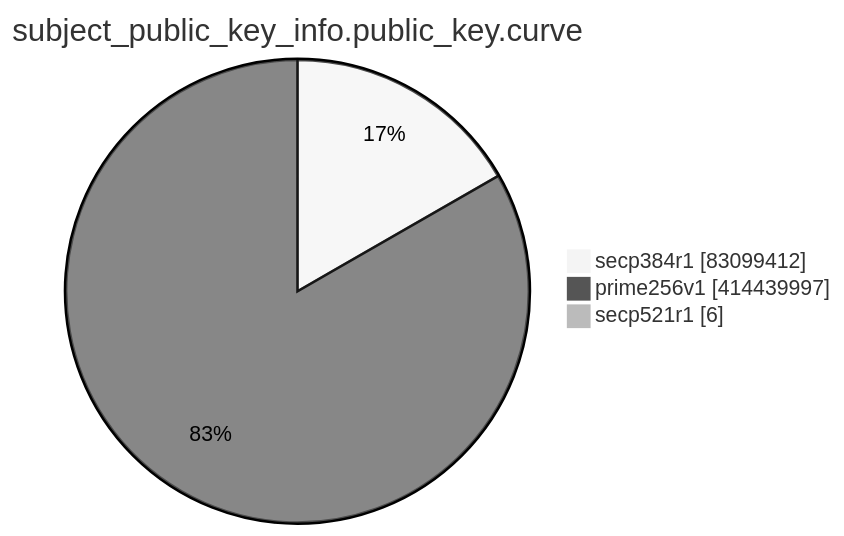
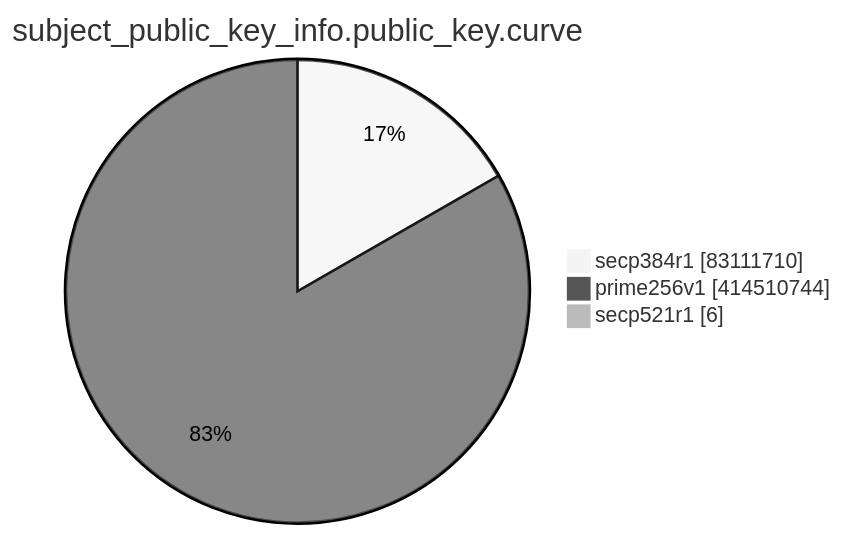
One commit to christiankrug/ctmonitor_visualization changed the eighth of 15 diagrams in TOTAL/README.md. Above: the diagram before and after it, drawn with Mermaid (neutral theme). The commit also changed other lines of this file, not shown here.

````diff
--- a/TOTAL/README.md
+++ b/TOTAL/README.md
@@ -3098,7 +3098,7 @@
 ```mermaid
 pie showData
 title subject_public_key_info.public_key.curve
-"secp384r1" :83099412
-"prime256v1" :414439997
+"secp384r1" :83111710
+"prime256v1" :414510744
 "secp521r1" :6
 ```
````
